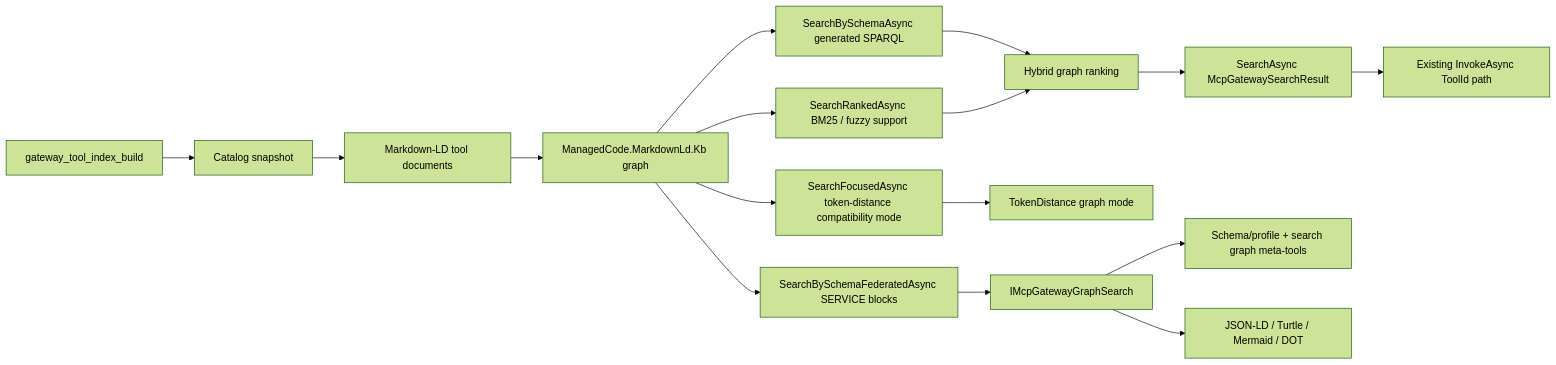
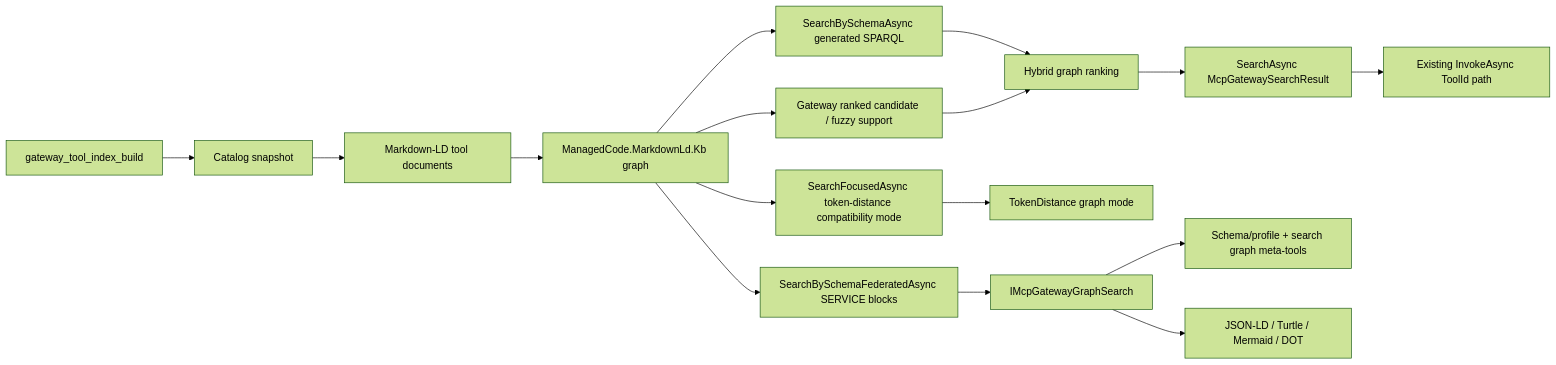
Before and after one commit to managedcode/MCPGateway: the diagram in docs/ADR/ADR-0012-schema-aware-sparql-graph-search.md, drawn with Mermaid (forest theme). The commit also changed other lines of this file and 28 other files, not shown here.

Commit message:
Optimize graph-backed search performance

````diff
--- a/docs/ADR/ADR-0012-schema-aware-sparql-graph-search.md
+++ b/docs/ADR/ADR-0012-schema-aware-sparql-graph-search.md
@@ -62,18 +62,18 @@
 ```mermaid
 flowchart LR
     Catalog["Catalog snapshot"] --> Docs["Markdown-LD tool documents"]
     Docs --> Kb["ManagedCode.MarkdownLd.Kb graph"]
     Kb --> Schema["SearchBySchemaAsync generated SPARQL"]
-    Kb --> Ranked["SearchRankedAsync BM25 / fuzzy support"]
+    Kb --> Ranked["Gateway ranked candidate / fuzzy support"]
     Kb --> Token["SearchFocusedAsync token-distance compatibility mode"]
     Kb --> Federation["SearchBySchemaFederatedAsync SERVICE blocks"]
     Schema --> Hybrid["Hybrid graph ranking"]
     Ranked --> Hybrid
     Token --> Compatibility["TokenDistance graph mode"]
     Federation --> GraphApi["IMcpGatewayGraphSearch"]
     Hybrid --> GatewaySearch["SearchAsync McpGatewaySearchResult"]
     GraphApi --> GraphTools["Schema/profile + search graph meta-tools"]
     IndexTool["gateway_tool_index_build"] --> Catalog
     GraphApi --> Export["JSON-LD / Turtle / Mermaid / DOT"]
     GatewaySearch --> Invoke["Existing InvokeAsync ToolId path"]
 ```
````
